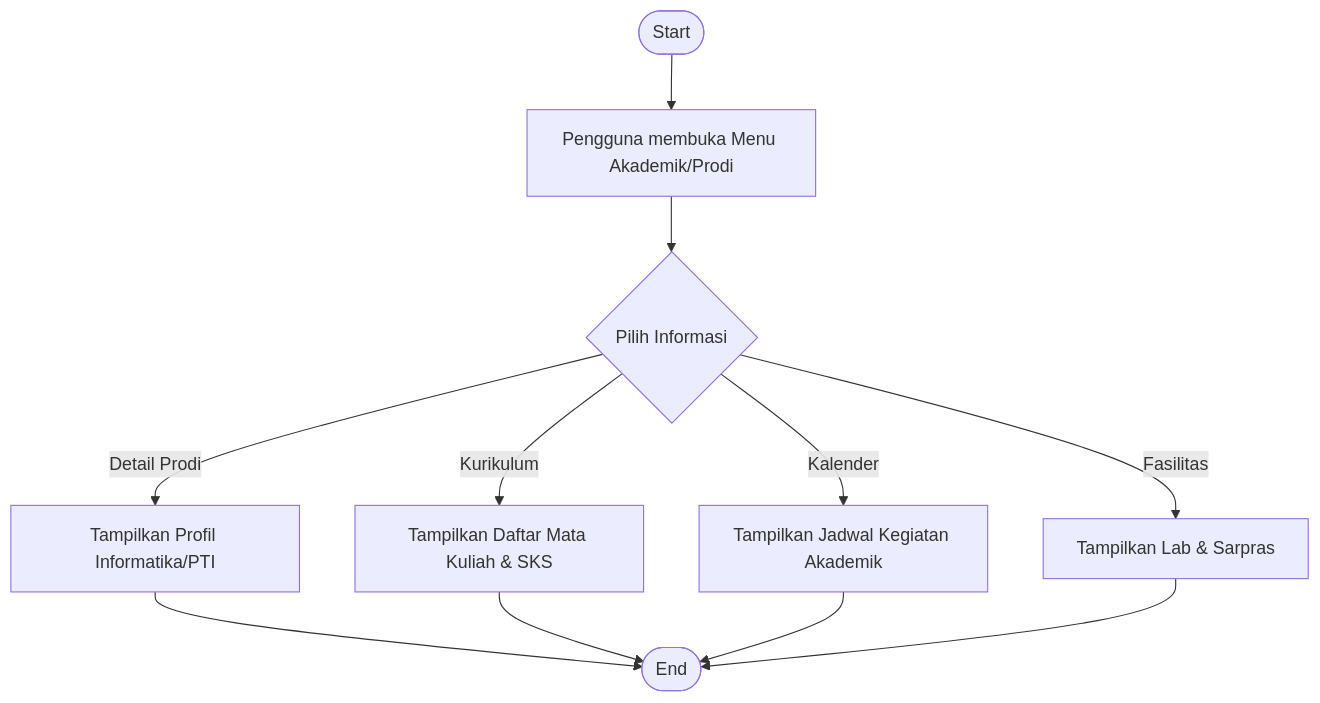
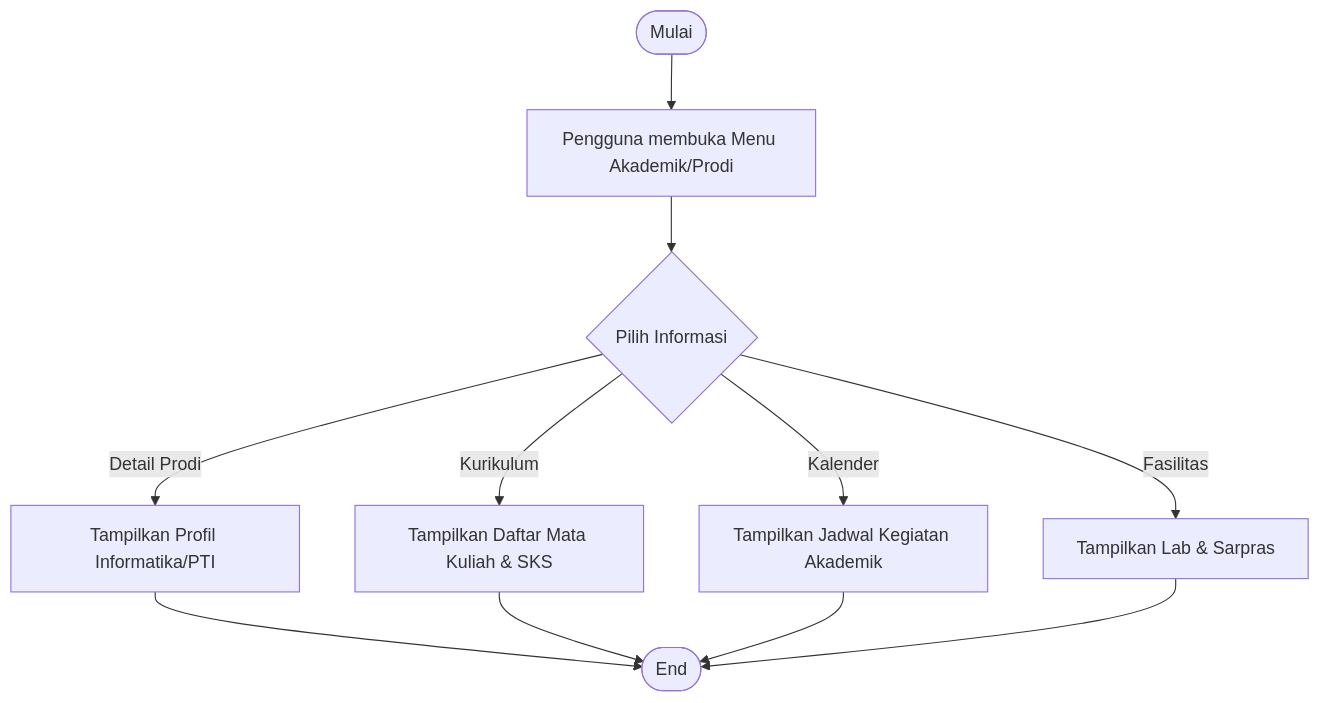
Before and after one commit to arbain-dev/Web_fikom: the fifth of 8 diagrams in docs/activity_diagram_publik.md, drawn with Mermaid. The commit also changed other lines of this file and 7 other files, not shown here.

Commit message:
docs: standarisasi semua awal flowchart diagram menjadi 'Mulai'

````diff
--- a/docs/activity_diagram_publik.md
+++ b/docs/activity_diagram_publik.md
@@ -133,15 +133,15 @@
 ```mermaid
 flowchart TD
-    Start([Start]) --> OpenAkademik[Pengguna membuka Menu Akademik/Prodi]
+    Mulai([Mulai]) --> OpenAkademik[Pengguna membuka Menu Akademik/Prodi]
     OpenAkademik --> Choice{Pilih Informasi}
     
     Choice -- "Detail Prodi" --> Prodi[Tampilkan Profil Informatika/PTI]
     Choice -- "Kurikulum" --> Kurikulum[Tampilkan Daftar Mata Kuliah & SKS]
     Choice -- "Kalender" --> Kalender[Tampilkan Jadwal Kegiatan Akademik]
     Choice -- "Fasilitas" --> Fasilitas[Tampilkan Lab & Sarpras]
     
     Prodi --> End([End])
     Kurikulum --> End
     Kalender --> End
     Fasilitas --> End
 ```
````
